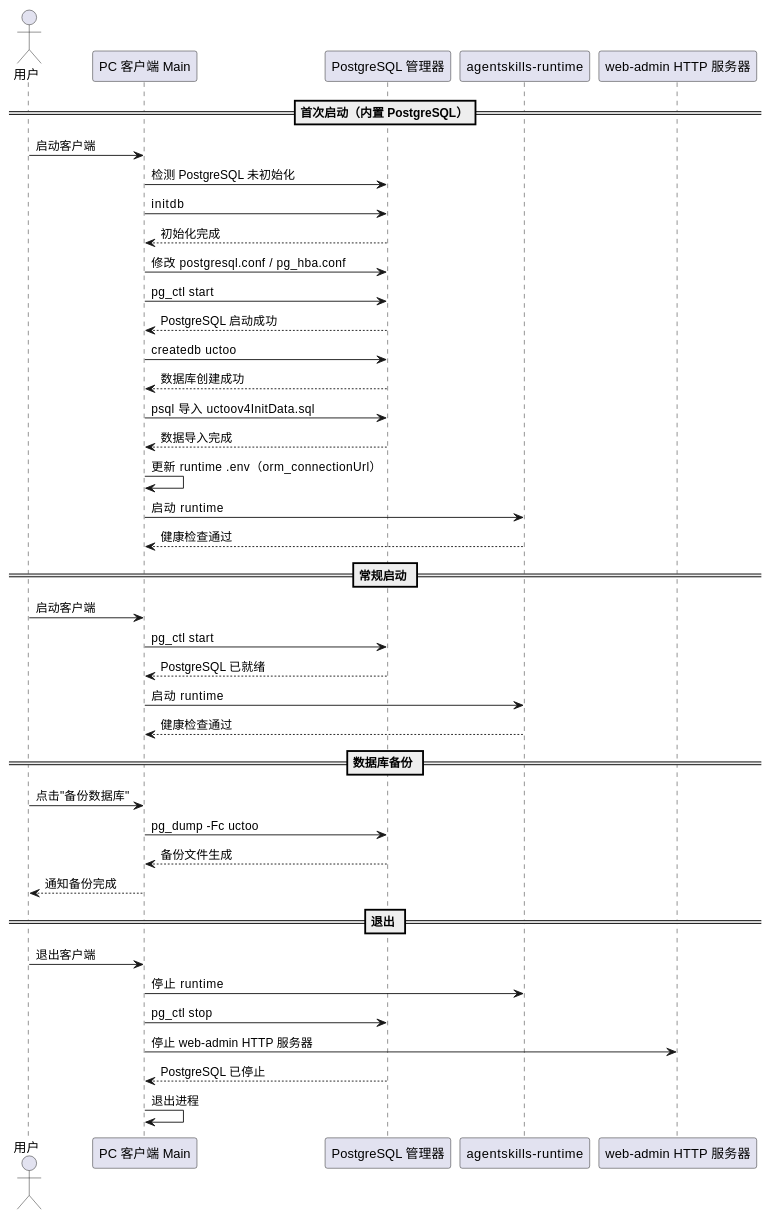
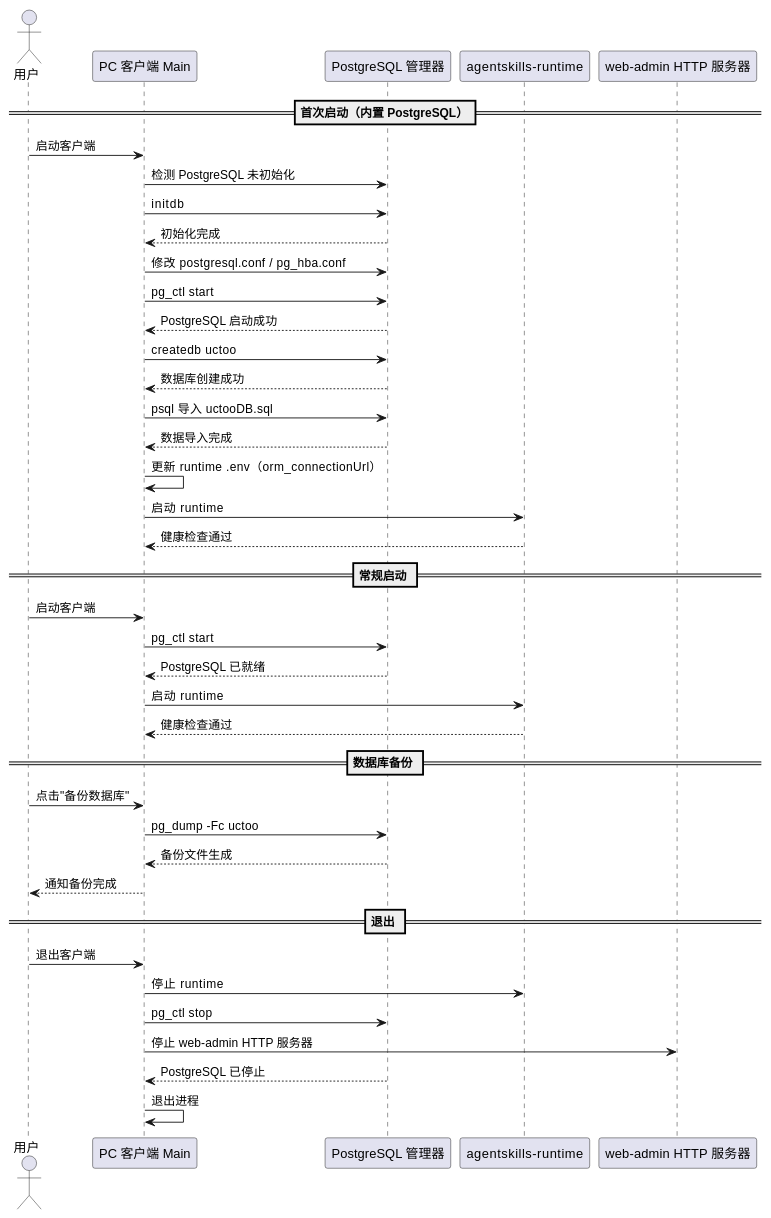
Before and after one commit to UCTooCom/agentskills-runtime: the fifth of 13 diagrams in .codeartsdoer/specs/pc_desktop_client/spec.md, drawn with PlantUML. The commit also changed other lines of this file and 180 other files, not shown here.

````diff
--- a/.codeartsdoer/specs/pc_desktop_client/spec.md
+++ b/.codeartsdoer/specs/pc_desktop_client/spec.md
@@ -744,46 +744,46 @@
 ```plantuml
 @startuml
 actor 用户
 participant "PC 客户端 Main" as main
 participant "PostgreSQL 管理器" as pg
 participant "agentskills-runtime" as runtime
 participant "web-admin HTTP 服务器" as webserver
 
 == 首次启动（内置 PostgreSQL）==
 用户 -> main : 启动客户端
 main -> pg : 检测 PostgreSQL 未初始化
 main -> pg : initdb
 pg --> main : 初始化完成
 main -> pg : 修改 postgresql.conf / pg_hba.conf
 main -> pg : pg_ctl start
 pg --> main : PostgreSQL 启动成功
 main -> pg : createdb uctoo
 pg --> main : 数据库创建成功
-main -> pg : psql 导入 uctoov4InitData.sql
+main -> pg : psql 导入 uctooDB.sql
 pg --> main : 数据导入完成
 main -> main : 更新 runtime .env（orm_connectionUrl）
 main -> runtime : 启动 runtime
 runtime --> main : 健康检查通过
 
 == 常规启动 ==
 用户 -> main : 启动客户端
 main -> pg : pg_ctl start
 pg --> main : PostgreSQL 已就绪
 main -> runtime : 启动 runtime
 runtime --> main : 健康检查通过
 
 == 数据库备份 ==
 用户 -> main : 点击"备份数据库"
 main -> pg : pg_dump -Fc uctoo
 pg --> main : 备份文件生成
 main --> 用户 : 通知备份完成
 
 == 退出 ==
 用户 -> main : 退出客户端
 main -> runtime : 停止 runtime
 main -> pg : pg_ctl stop
 main -> webserver : 停止 web-admin HTTP 服务器
 pg --> main : PostgreSQL 已停止
 main -> main : 退出进程
 @enduml
 ```
````
